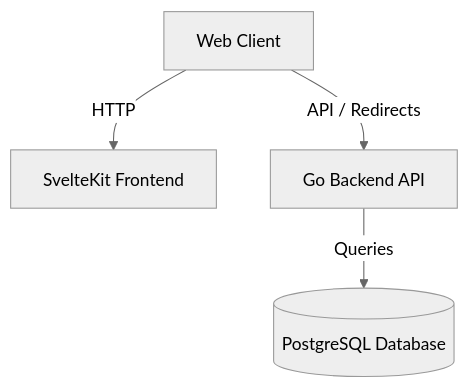
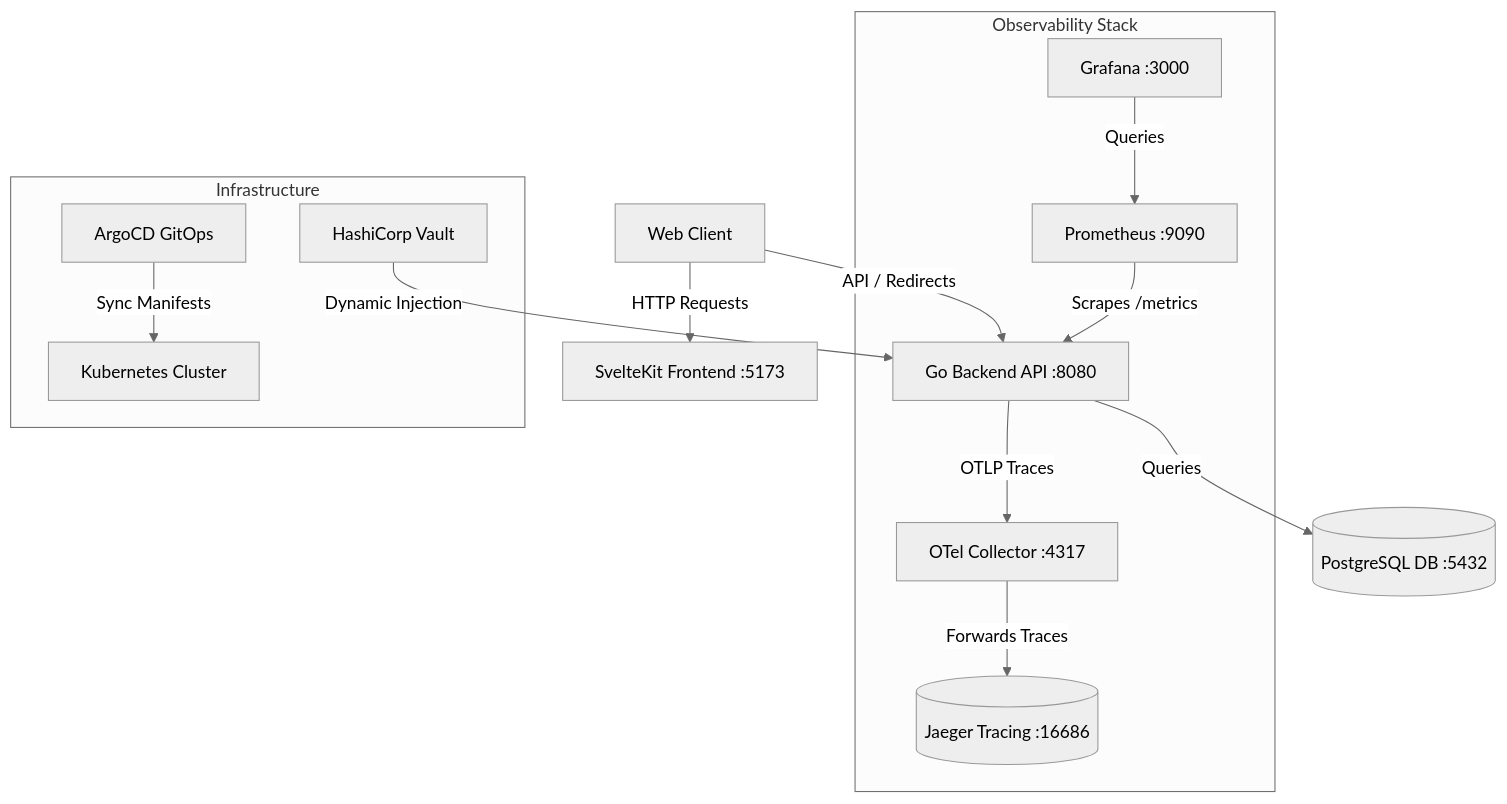
Before and after one commit to ShaharyarShakir/30-day-30-devops-projects: the diagram in 06__day/README.md, drawn with Mermaid (neutral theme). The commit also changed other lines of this file and 1 other file, not shown here.

Commit message:
feat: enhance Docker Compose configuration with OpenTelemetry and Jaeger integration

````diff
--- a/06__day/README.md
+++ b/06__day/README.md
@@ -11,6 +24,18 @@
 ```mermaid
 graph TD
-    Client[Web Client] -->|HTTP| Frontend[SvelteKit Frontend]
-    Client -->|API / Redirects| Backend[Go Backend API]
-    Backend -->|Queries| Postgres[(PostgreSQL Database)]
+    Client[Web Client] -->|HTTP Requests| Frontend[SvelteKit Frontend :5173]
+    Client -->|API / Redirects| Backend[Go Backend API :8080]
+    Backend -->|Queries| Postgres[(PostgreSQL DB :5432)]
+
+    subgraph Observability Stack
+        Backend -->|OTLP Traces| OTel[OTel Collector :4317]
+        OTel -->|Forwards Traces| Jaeger[(Jaeger Tracing :16686)]
+        Prometheus[Prometheus :9090] -->|Scrapes /metrics| Backend
+        Grafana[Grafana :3000] -->|Queries| Prometheus
+    end
+
+    subgraph Infrastructure
+        Vault[HashiCorp Vault] -->|Dynamic Injection| Backend
+        ArgoCD[ArgoCD GitOps] -->|Sync Manifests| K8s[Kubernetes Cluster]
+    end
 ```
````
